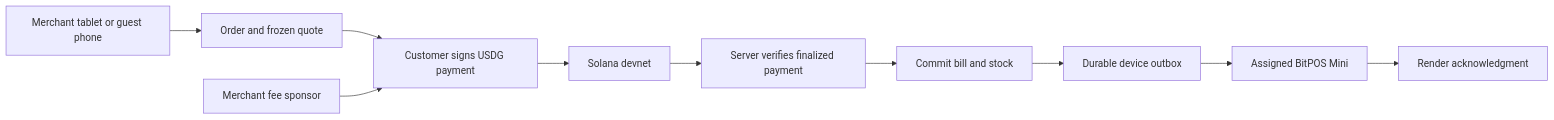
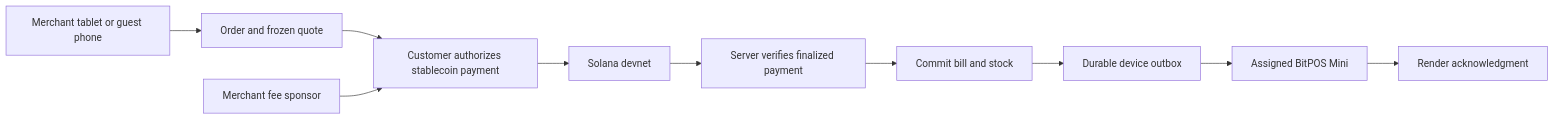
Before and after one commit to cryptoclocks/BitPOS: the diagram in README.md, drawn with Mermaid. The commit also changed other lines of this file and 3 other files, not shown here.

````diff
--- a/README.md
+++ b/README.md
@@ -48,12 +64,12 @@
 ```mermaid
 flowchart LR
     A[Merchant tablet or guest phone] --> B[Order and frozen quote]
-    B --> C[Customer signs USDG payment]
+    B --> C[Customer authorizes stablecoin payment]
     S[Merchant fee sponsor] --> C
     C --> D[Solana devnet]
     D --> E[Server verifies finalized payment]
     E --> F[Commit bill and stock]
     F --> G[Durable device outbox]
     G --> H[Assigned BitPOS Mini]
     H --> I[Render acknowledgment]
 ```
````
